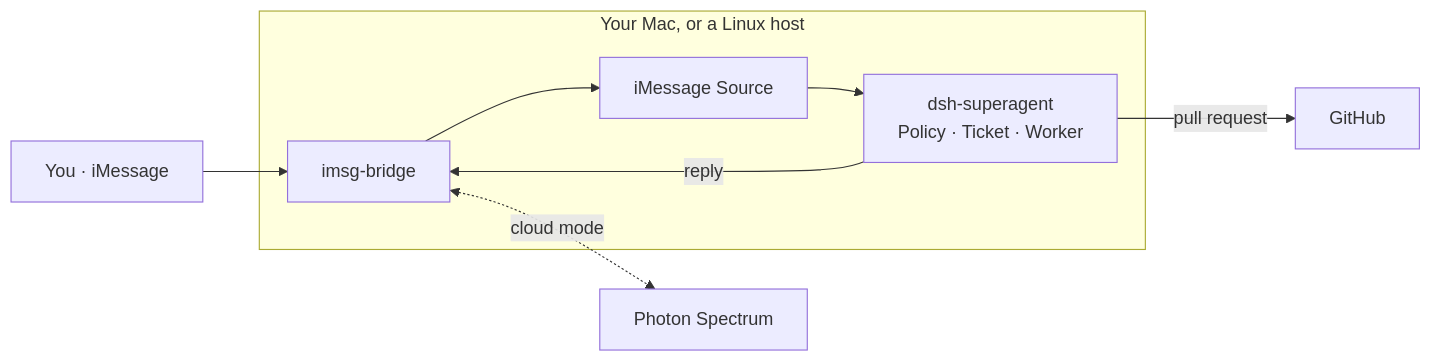
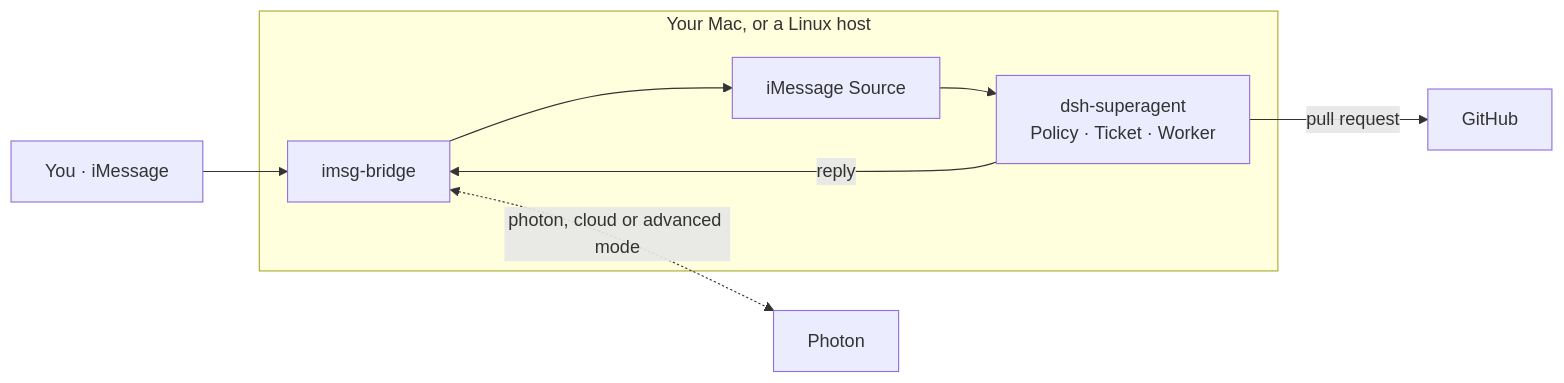
The diagram in README.md (wiva-hq/superagent-imessage), drawn with Mermaid before and after one commit. The commit also changed other lines of this file and 9 other files, not shown here.

First line of the commit message:
Photon v2 and Advanced iMessage modes, credentials in bridge.env, and a real run in the README

````diff
--- a/README.md
+++ b/README.md
@@ -58,10 +76,10 @@
 ```mermaid
 flowchart LR
   Y["You · iMessage"] --> L
   subgraph host["Your Mac, or a Linux host"]
     L["imsg-bridge"] --> S["iMessage Source"] --> A["dsh-superagent<br>Policy · Ticket · Worker"]
     A -- "reply" --> L
   end
-  L <-. "cloud mode" .-> P["Photon Spectrum"]
+  L <-. "photon, cloud or advanced mode" .-> P["Photon"]
   A -- "pull request" --> G["GitHub"]
 ```
````
